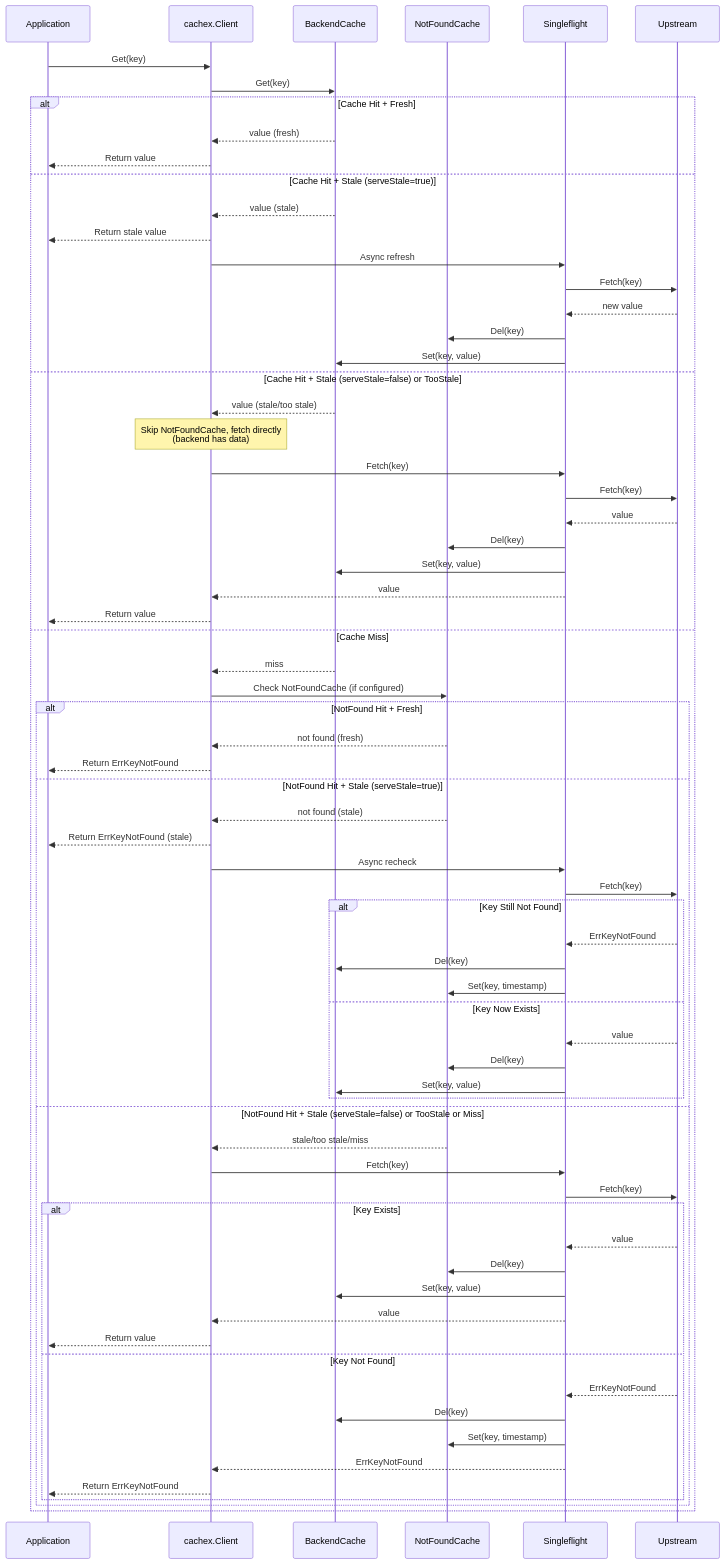
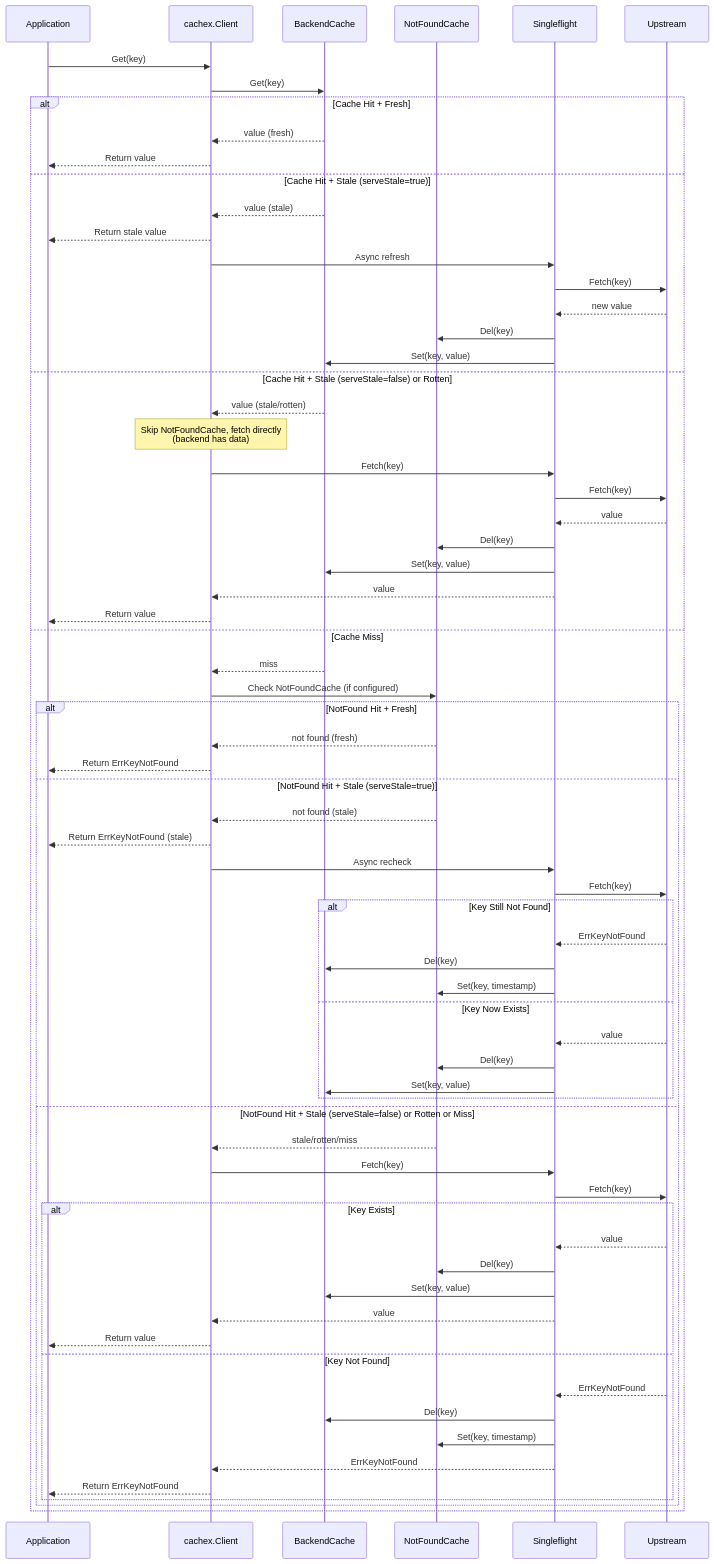
Before and after one commit to theplant/cachex: the diagram in README.md, drawn with Mermaid. The commit also changed other lines of this file and 7 other files, not shown here.

First line of the commit message:
refactor(state): rename StateTooStale to StateRotten for clarity (#3)

````diff
--- a/README.md
+++ b/README.md
@@ -93,73 +93,73 @@
 ```mermaid
 sequenceDiagram
     participant App as Application
     participant Client as cachex.Client
     participant Cache as BackendCache
     participant NFCache as NotFoundCache
     participant SF as Singleflight
     participant Upstream
 
     App->>Client: Get(key)
     Client->>Cache: Get(key)
 
     alt Cache Hit + Fresh
         Cache-->>Client: value (fresh)
         Client-->>App: Return value
     else Cache Hit + Stale (serveStale=true)
         Cache-->>Client: value (stale)
         Client-->>App: Return stale value
         Client->>SF: Async refresh
         SF->>Upstream: Fetch(key)
         Upstream-->>SF: new value
         SF->>NFCache: Del(key)
         SF->>Cache: Set(key, value)
-    else Cache Hit + Stale (serveStale=false) or TooStale
-        Cache-->>Client: value (stale/too stale)
+    else Cache Hit + Stale (serveStale=false) or Rotten
+        Cache-->>Client: value (stale/rotten)
         Note over Client: Skip NotFoundCache, fetch directly<br/>(backend has data)
         Client->>SF: Fetch(key)
         SF->>Upstream: Fetch(key)
         Upstream-->>SF: value
         SF->>NFCache: Del(key)
         SF->>Cache: Set(key, value)
         SF-->>Client: value
         Client-->>App: Return value
     else Cache Miss
         Cache-->>Client: miss
         Client->>NFCache: Check NotFoundCache (if configured)
         alt NotFound Hit + Fresh
             NFCache-->>Client: not found (fresh)
             Client-->>App: Return ErrKeyNotFound
         else NotFound Hit + Stale (serveStale=true)
             NFCache-->>Client: not found (stale)
             Client-->>App: Return ErrKeyNotFound (stale)
             Client->>SF: Async recheck
             SF->>Upstream: Fetch(key)
             alt Key Still Not Found
                 Upstream-->>SF: ErrKeyNotFound
                 SF->>Cache: Del(key)
                 SF->>NFCache: Set(key, timestamp)
             else Key Now Exists
                 Upstream-->>SF: value
                 SF->>NFCache: Del(key)
                 SF->>Cache: Set(key, value)
             end
-        else NotFound Hit + Stale (serveStale=false) or TooStale or Miss
-            NFCache-->>Client: stale/too stale/miss
+        else NotFound Hit + Stale (serveStale=false) or Rotten or Miss
+            NFCache-->>Client: stale/rotten/miss
             Client->>SF: Fetch(key)
             SF->>Upstream: Fetch(key)
             alt Key Exists
                 Upstream-->>SF: value
                 SF->>NFCache: Del(key)
                 SF->>Cache: Set(key, value)
                 SF-->>Client: value
                 Client-->>App: Return value
             else Key Not Found
                 Upstream-->>SF: ErrKeyNotFound
                 SF->>Cache: Del(key)
                 SF->>NFCache: Set(key, timestamp)
                 SF-->>Client: ErrKeyNotFound
                 Client-->>App: Return ErrKeyNotFound
             end
         end
     end
 ```
````
